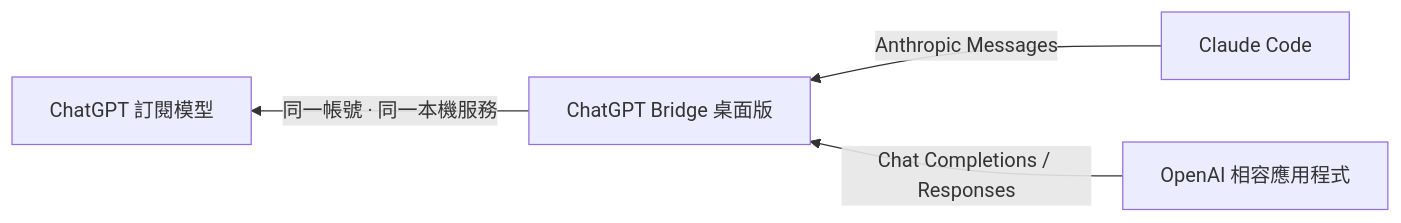
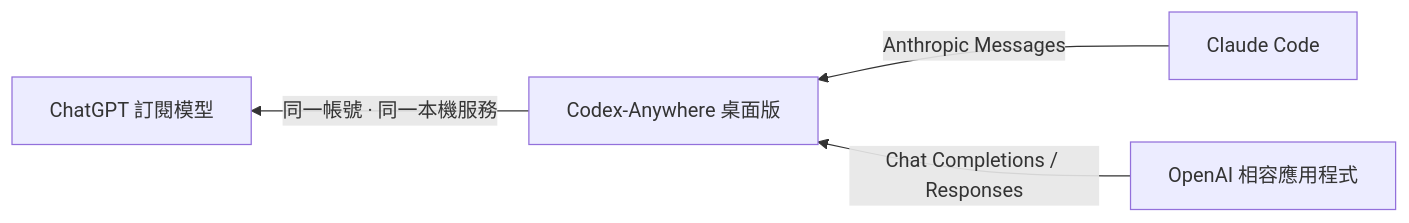
One commit to FeatherBlade91/CodexAnywhere changed the diagram in docs/README.zh-TW.md. Above: the diagram before and after it, drawn with Mermaid. The commit also changed other lines of this file and 16 other files, not shown here.

Commit message:
Rename product and repository references to Codex-Anywhere

````diff
--- a/docs/README.zh-TW.md
+++ b/docs/README.zh-TW.md
@@ -27,6 +27,6 @@
 ```mermaid
 flowchart RL
-    C[Claude Code] -->|Anthropic Messages| B[ChatGPT Bridge 桌面版]
+    C[Claude Code] -->|Anthropic Messages| B[Codex-Anywhere 桌面版]
     A[OpenAI 相容應用程式] -->|Chat Completions / Responses| B
     B -->|同一帳號 · 同一本機服務| S[ChatGPT 訂閱模型]
 ```
````
